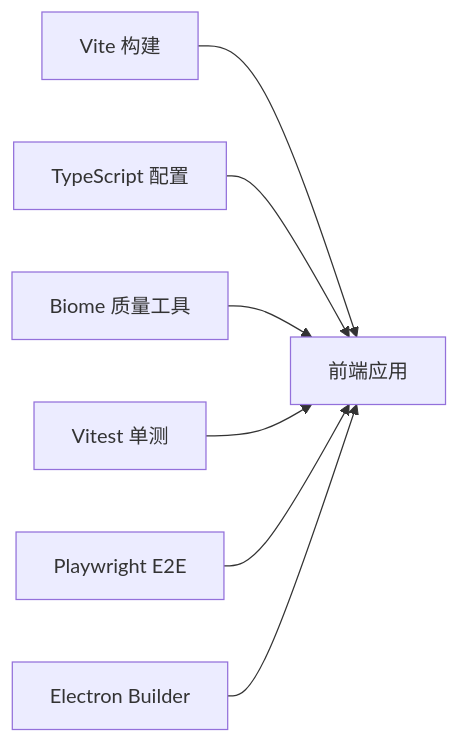
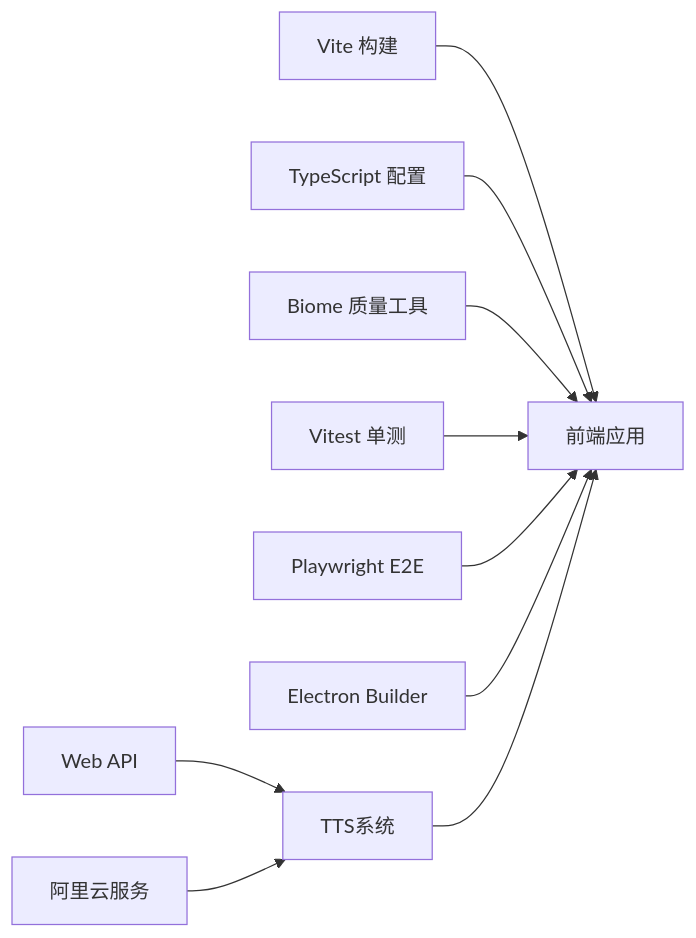
Before and after one commit to zhanggmin/openscreen: the ninth of 9 diagrams in .qoder/repowiki/zh/content/开发者指南.md, drawn with Mermaid. The commit also changed other lines of this file and 68 other files, not shown here.

Commit message:
开发图文编辑功能

````diff
--- a/.qoder/repowiki/zh/content/开发者指南.md
+++ b/.qoder/repowiki/zh/content/开发者指南.md
@@ -322,9 +533,12 @@
 ```mermaid
 graph LR
 Vite["Vite 构建"] --> App["前端应用"]
 TS["TypeScript 配置"] --> App
 Biome["Biome 质量工具"] --> App
 Vitest["Vitest 单测"] --> App
 Playwright["Playwright E2E"] --> App
 EB["Electron Builder"] --> App
+TTS["TTS系统"] --> App
+WebAPI["Web API"] --> TTS
+Aliyun["阿里云服务"] --> TTS
 ```
````
